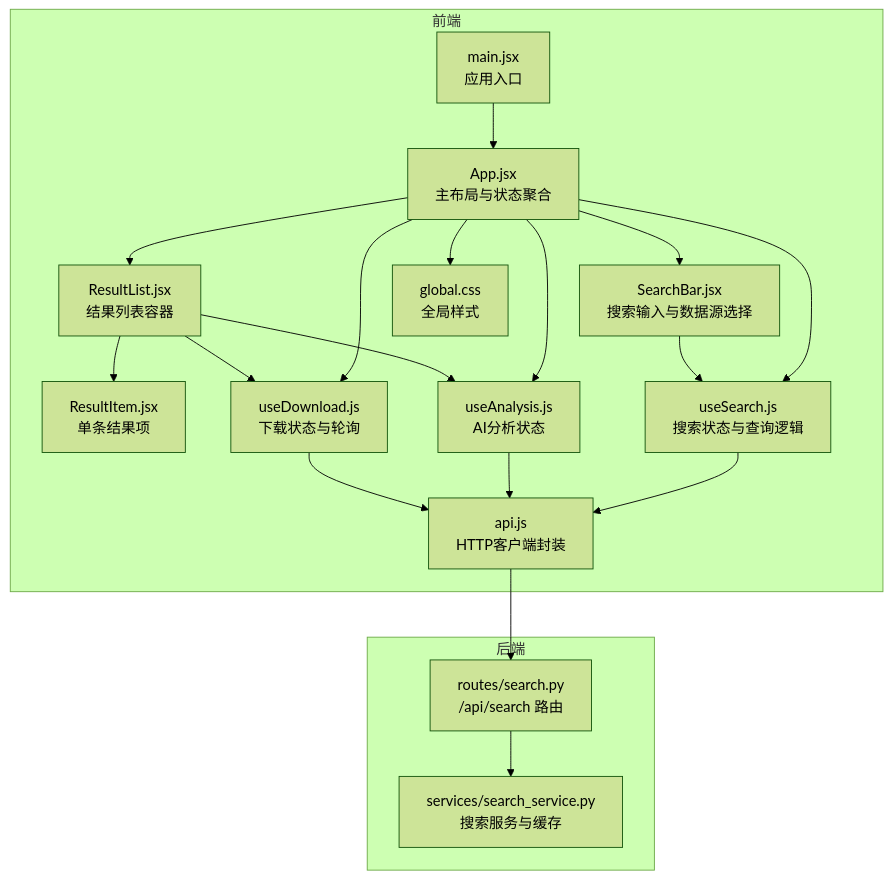
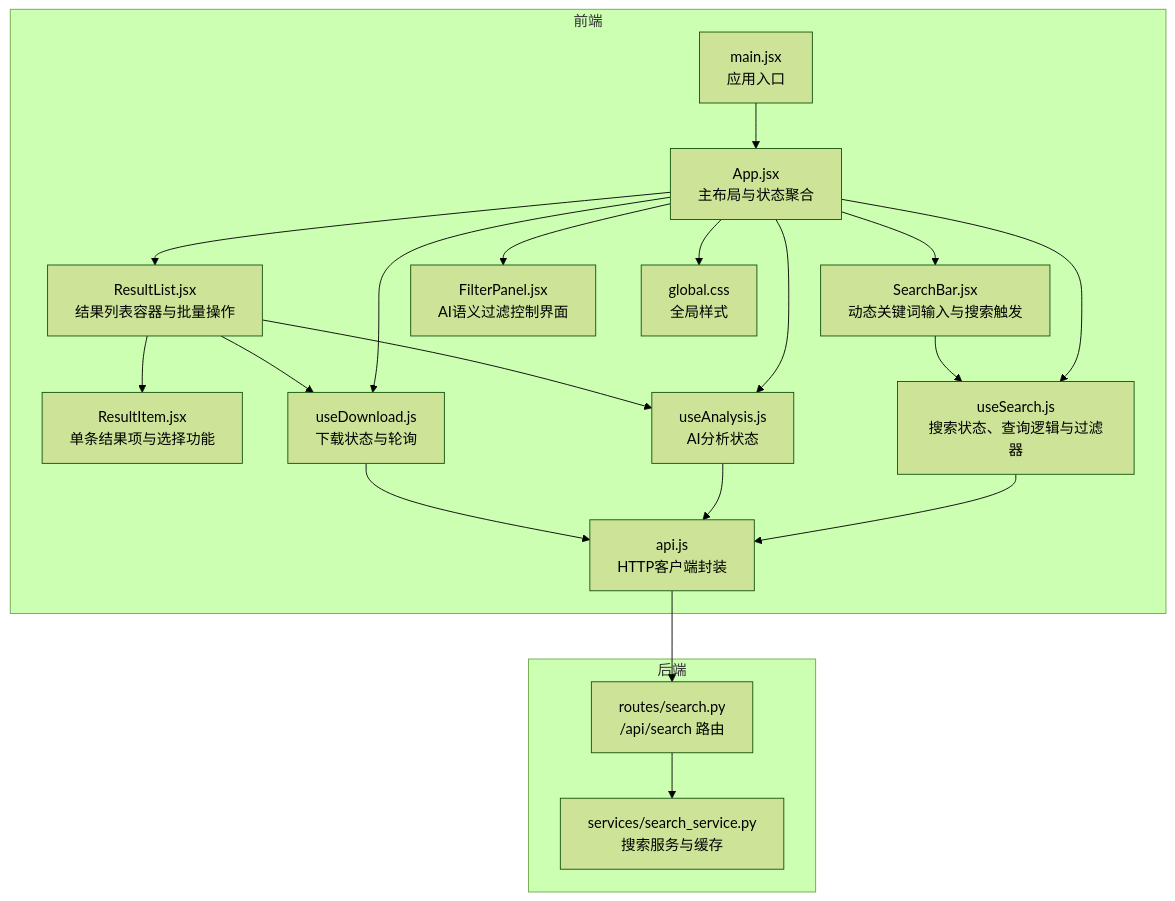
The first of 4 diagrams in .qoder/repowiki/zh/content/前端开发指南/组件架构设计/搜索相关组件.md (wangdy21/search_is_all_you_need), drawn with Mermaid (forest theme) before and after one commit. The commit also changed other lines of this file and 11 other files, not shown here.

````diff
--- a/.qoder/repowiki/zh/content/前端开发指南/组件架构设计/搜索相关组件.md
+++ b/.qoder/repowiki/zh/content/前端开发指南/组件架构设计/搜索相关组件.md
@@ -37,35 +48,37 @@
 ```mermaid
 graph TB
 subgraph "前端"
 MAIN["main.jsx<br/>应用入口"]
 APP["App.jsx<br/>主布局与状态聚合"]
-SB["SearchBar.jsx<br/>搜索输入与数据源选择"]
-RL["ResultList.jsx<br/>结果列表容器"]
-RI["ResultItem.jsx<br/>单条结果项"]
-US["useSearch.js<br/>搜索状态与查询逻辑"]
+SB["SearchBar.jsx<br/>动态关键词输入与搜索触发"]
+RL["ResultList.jsx<br/>结果列表容器与批量操作"]
+RI["ResultItem.jsx<br/>单条结果项与选择功能"]
+FP["FilterPanel.jsx<br/>AI语义过滤控制界面"]
+US["useSearch.js<br/>搜索状态、查询逻辑与过滤器"]
 UA["useAnalysis.js<br/>AI分析状态"]
 UD["useDownload.js<br/>下载状态与轮询"]
 API["api.js<br/>HTTP客户端封装"]
 CSS["global.css<br/>全局样式"]
 end
 subgraph "后端"
 ROUTE["routes/search.py<br/>/api/search 路由"]
 SVC["services/search_service.py<br/>搜索服务与缓存"]
 end
 MAIN --> APP
 APP --> SB
 APP --> RL
 RL --> RI
+APP --> FP
 APP --> US
 APP --> UA
 APP --> UD
 SB --> US
 RL --> UA
 RL --> UD
 US --> API
 UA --> API
 UD --> API
 API --> ROUTE
 ROUTE --> SVC
 APP --> CSS
 ```
````
